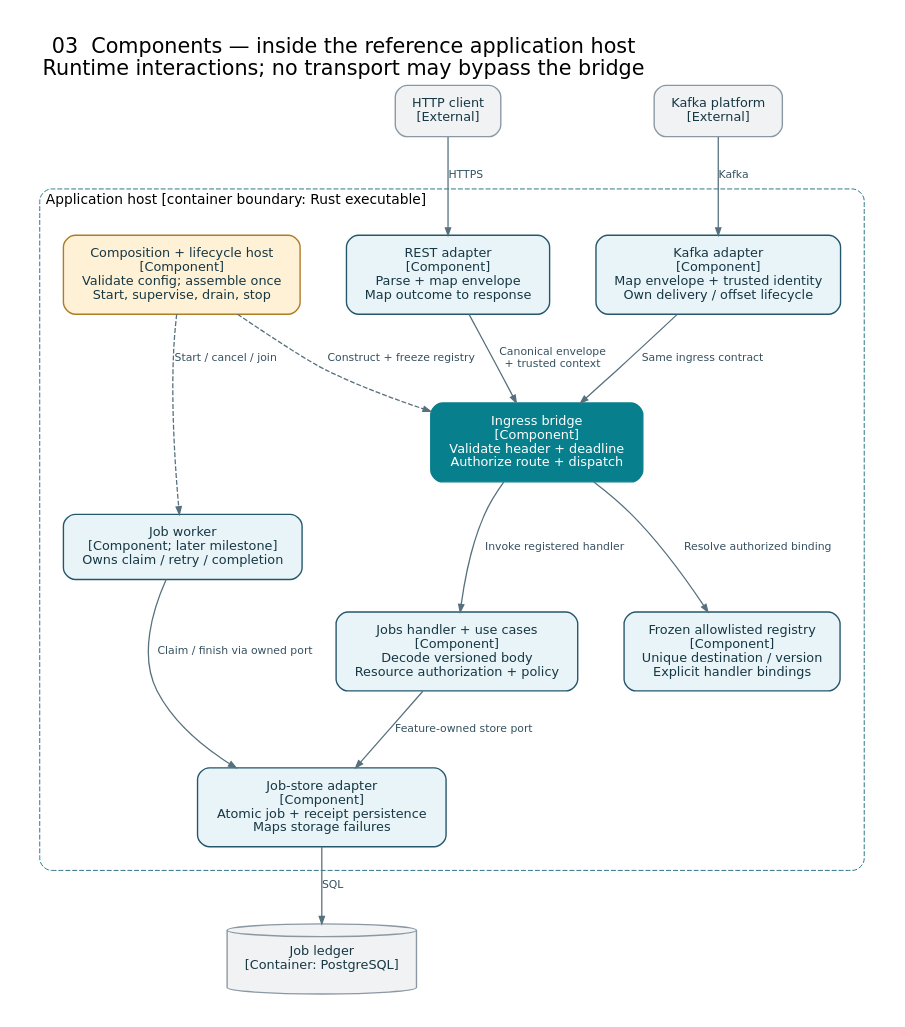
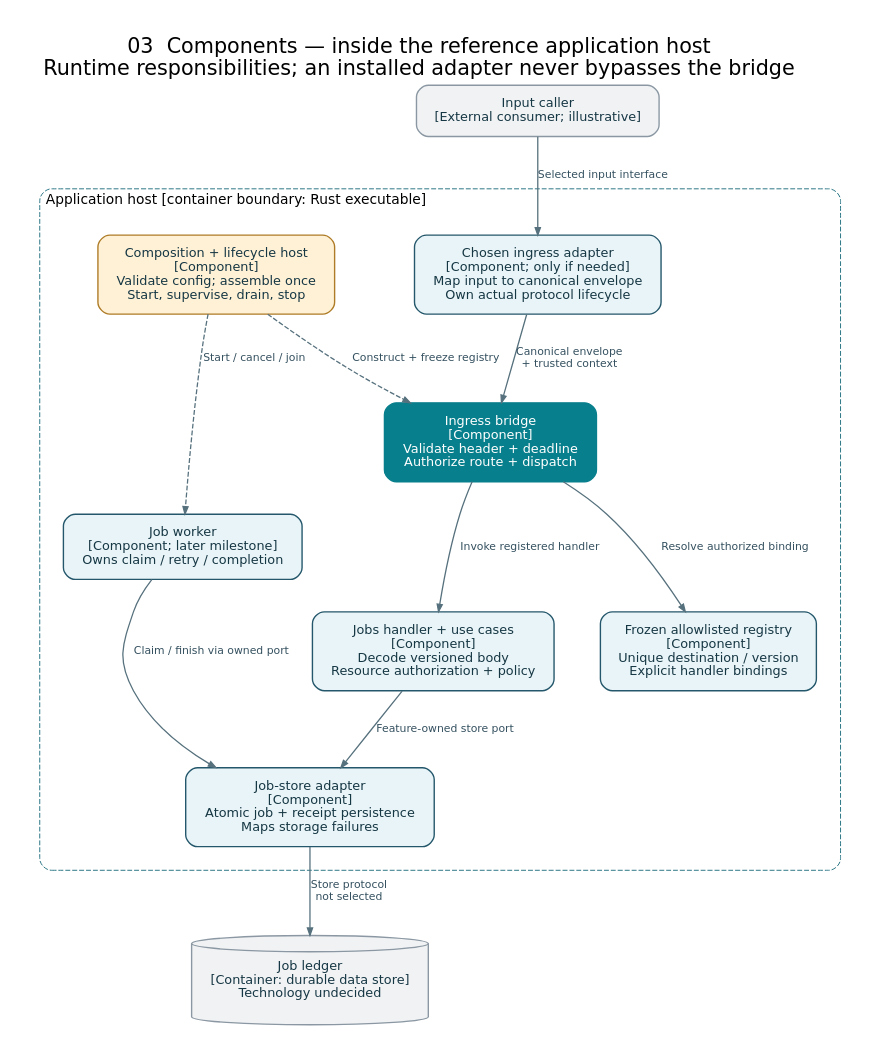
One commit to roachmaster/homelab changed the diagram in docs/architecture/diagrams/03-components.dot. Above: the diagram before and after it, drawn with Graphviz. The commit also changed 34 other files, not shown here.

Commit message:
Keep framework architecture transport-neutral

```diff
--- a/docs/architecture/diagrams/03-components.dot
+++ b/docs/architecture/diagrams/03-components.dot
@@ -1,28 +1,24 @@
 digraph Components {
 graph [fontname="DejaVu Sans", fontsize=21, labelloc=t, labeljust=l, pad=0.35, nodesep=0.65, ranksep=0.9, bgcolor="white"]; node [shape=box, style="rounded,filled", fontname="DejaVu Sans", fontsize=13, margin="0.22,0.16", color="#24576b", fillcolor="#e8f4f7", fontcolor="#163744", penwidth=1.4]; edge [fontname="DejaVu Sans", fontsize=11, color="#56717d", fontcolor="#34505f", penwidth=1.3, arrowsize=0.75];
-rankdir=TB; label="03  Components — inside the reference application host\nRuntime interactions; no transport may bypass the bridge";
-rest [label="HTTP client\n[External]", fillcolor="#f0f2f4", color="#8b98a3"];
-kafka [label="Kafka platform\n[External]", fillcolor="#f0f2f4", color="#8b98a3"];
-db [shape=cylinder, label="Job ledger\n[Container: PostgreSQL]", fillcolor="#f0f2f4", color="#8b98a3"];
+rankdir=TB; label="03  Components — inside the reference application host\nRuntime responsibilities; an installed adapter never bypasses the bridge";
+caller [label="Input caller\n[External consumer; illustrative]", fillcolor="#f0f2f4", color="#8b98a3"];
+db [shape=cylinder, label="Job ledger\n[Container: durable data store]\nTechnology undecided", fillcolor="#f0f2f4", color="#8b98a3"];
 subgraph cluster_host { label="Application host [container boundary: Rust executable]"; fontname="DejaVu Sans"; fontsize=14; color="#2b7686"; style="rounded,dashed"; margin=24;
-http [label="REST adapter\n[Component]\nParse + map envelope\nMap outcome to response"];
-consumer [label="Kafka adapter\n[Component]\nMap envelope + trusted identity\nOwn delivery / offset lifecycle"];
+adapter [label="Chosen ingress adapter\n[Component; only if needed]\nMap input to canonical envelope\nOwn actual protocol lifecycle"];
 bridge [label="Ingress bridge\n[Component]\nValidate header + deadline\nAuthorize route + dispatch", fillcolor="#087f8c", color="#087f8c", fontcolor="white"];
 registry [label="Frozen allowlisted registry\n[Component]\nUnique destination / version\nExplicit handler bindings"];
 handler [label="Jobs handler + use cases\n[Component]\nDecode versioned body\nResource authorization + policy"];
 persist [label="Job-store adapter\n[Component]\nAtomic job + receipt persistence\nMaps storage failures"];
 worker [label="Job worker\n[Component; later milestone]\nOwns claim / retry / completion"];
 host [label="Composition + lifecycle host\n[Component]\nValidate config; assemble once\nStart, supervise, drain, stop", fillcolor="#fff1d6", color="#ae7b26"];
-http -> bridge [label="Canonical envelope\n+ trusted context"];
-consumer -> bridge [label="Same ingress contract"];
+adapter -> bridge [label="Canonical envelope\n+ trusted context"];
 bridge -> registry [label="Resolve authorized binding"];
 bridge -> handler [label="Invoke registered handler"];
 handler -> persist [label="Feature-owned store port"];
 worker -> persist [label="Claim / finish via owned port"];
 host -> bridge [label="Construct + freeze registry", style=dashed];
 host -> worker [label="Start / cancel / join", style=dashed];
 }
-rest -> http [label="HTTPS"];
-kafka -> consumer [label="Kafka"];
-persist -> db [label="SQL"];
+caller -> adapter [label="Selected input interface"];
+persist -> db [label="Store protocol\nnot selected"];
 }
```
